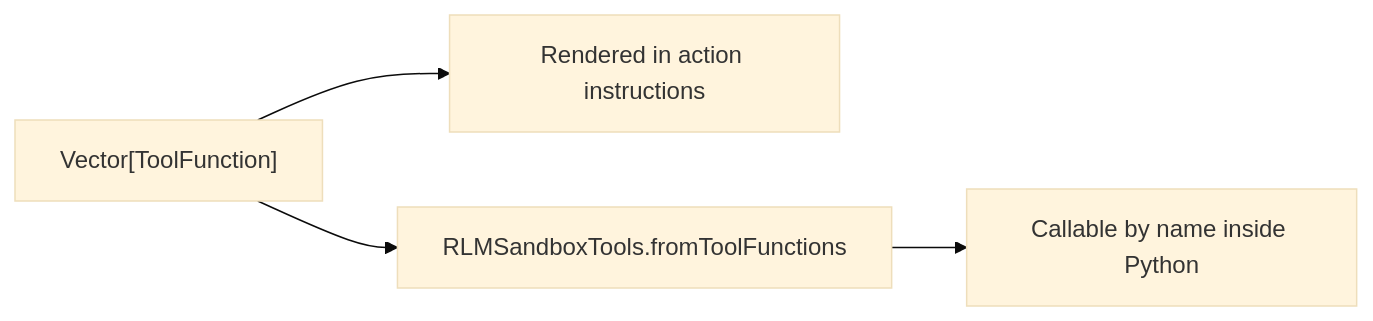
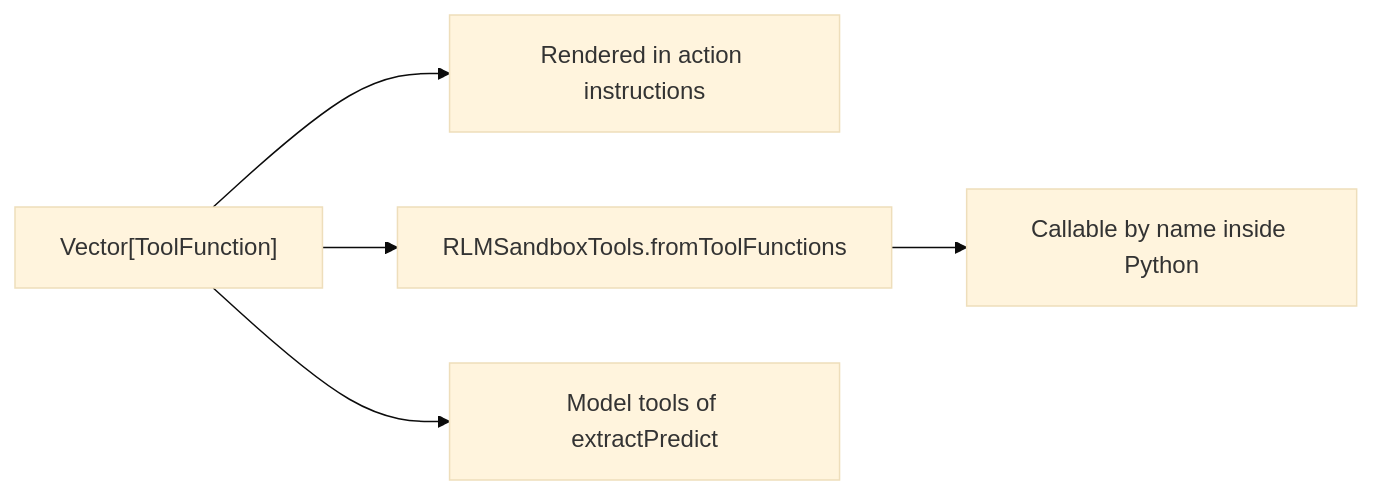
Before and after one commit to jpablo/dspy4s: the fifth of 6 diagrams in modules/programs/src/main/scala/dspy4s/programs/strategies/RLM.md, drawn with Mermaid (base theme). The commit also changed other lines of this file and 25 other files, not shown here.

````diff
--- a/modules/programs/src/main/scala/dspy4s/programs/strategies/RLM.md
+++ b/modules/programs/src/main/scala/dspy4s/programs/strategies/RLM.md
@@ -382,7 +390,8 @@
 ```mermaid
 flowchart LR
     tools["Vector[ToolFunction]"]
     tools --> instructions["Rendered in action instructions"]
     tools --> bridge["RLMSandboxTools.fromToolFunctions"]
     bridge --> repl["Callable by name inside Python"]
+    tools --> extract["Model tools of extractPredict"]
 ```
````
